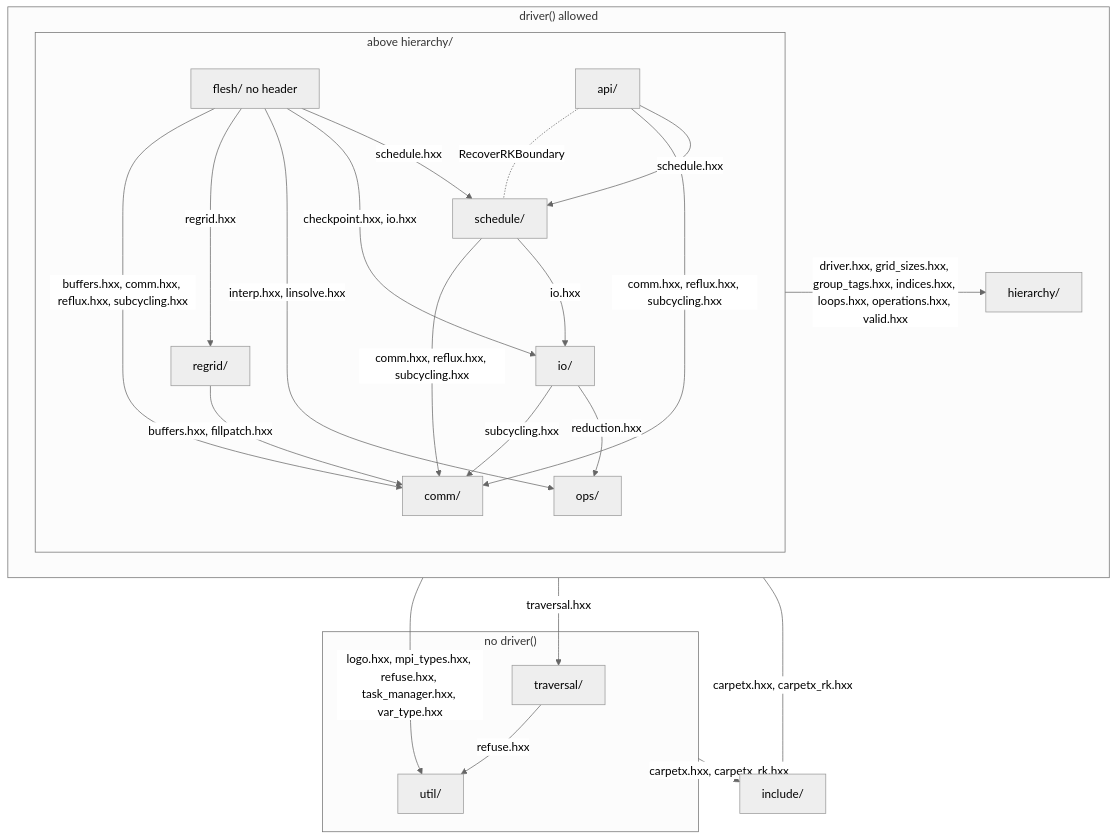
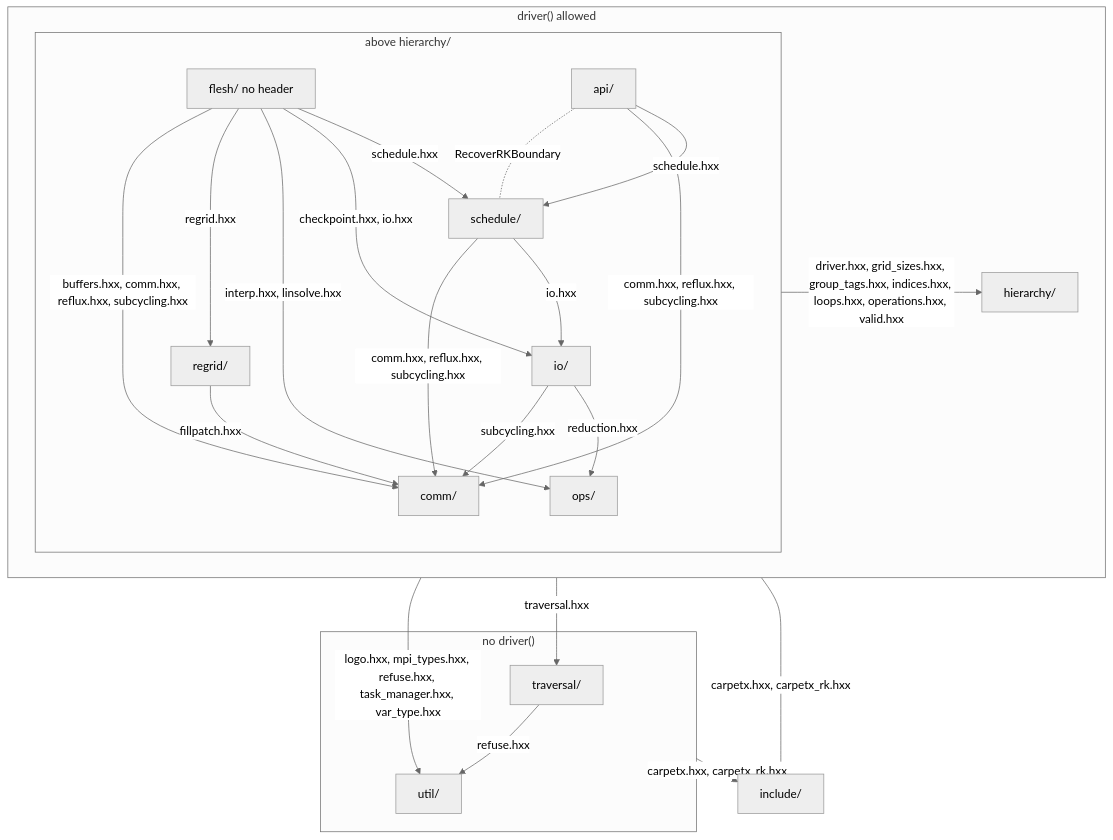
One commit to lwJi/CarpetX changed the first of 3 diagrams in agent_docs/carpetx-internals.md. Above: the diagram before and after it, drawn with Mermaid (neutral theme). The commit also changed 4 other files, not shown here.

````diff
--- a/agent_docs/carpetx-internals.md
+++ b/agent_docs/carpetx-internals.md
@@ -7,39 +7,39 @@
 ```mermaid
 flowchart TB
   subgraph door["driver() allowed"]
     subgraph above["above hierarchy/"]
       flesh["flesh/ no header"]
       api["api/"]
       schedule["schedule/"]
       io["io/"]
       ops["ops/"]
       regrid["regrid/"]
       comm["comm/"]
     end
     hierarchy["hierarchy/"]
   end
   subgraph nodoor["no driver()"]
     traversal["traversal/"]
     util["util/"]
   end
   include["include/"]
   flesh -- "schedule.hxx" --> schedule
   flesh -- "checkpoint.hxx, io.hxx" --> io
   flesh -- "interp.hxx, linsolve.hxx" --> ops
   flesh -- "regrid.hxx" --> regrid
   flesh -- "buffers.hxx, comm.hxx, reflux.hxx, subcycling.hxx" --> comm
   api -- "schedule.hxx" --> schedule
   api -- "comm.hxx, reflux.hxx, subcycling.hxx" --> comm
   schedule -- "io.hxx" --> io
   schedule -- "comm.hxx, reflux.hxx, subcycling.hxx" --> comm
   io -- "reduction.hxx" --> ops
   io -- "subcycling.hxx" --> comm
-  regrid -- "buffers.hxx, fillpatch.hxx" --> comm
+  regrid -- "fillpatch.hxx" --> comm
   traversal -- "refuse.hxx" --> util
   above -- "driver.hxx, grid_sizes.hxx, group_tags.hxx, indices.hxx, loops.hxx, operations.hxx, valid.hxx" --> hierarchy
   door -- "traversal.hxx" --> traversal
   door -- "logo.hxx, mpi_types.hxx, refuse.hxx, task_manager.hxx, var_type.hxx" --> util
   door -- "carpetx.hxx, carpetx_rk.hxx" --> include
   nodoor -- "carpetx.hxx, carpetx_rk.hxx" --> include
   api -. "RecoverRKBoundary" .- schedule
 ```
````
